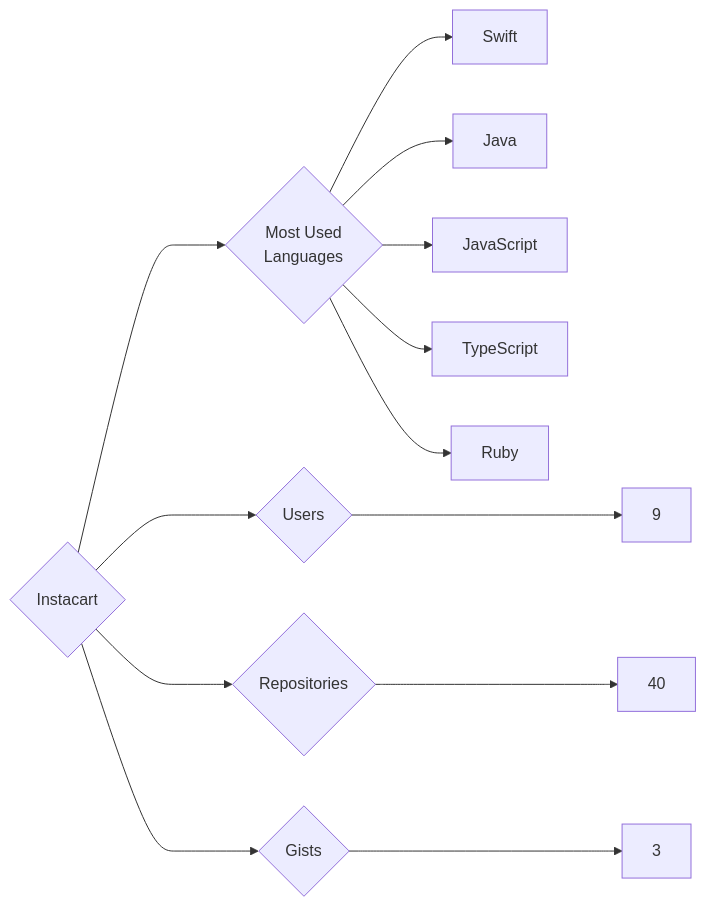
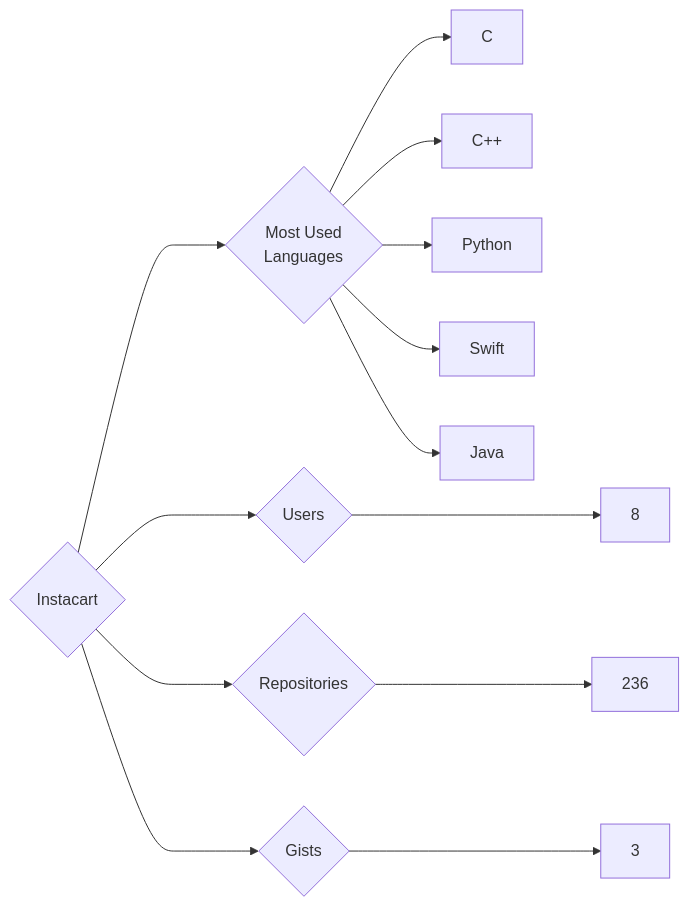
Before and after one commit to trickest/insiders: the diagram in targets/Instacart/README.md, drawn with Mermaid. The commit also changed 1092 other files, not shown here.

````diff
--- a/targets/Instacart/README.md
+++ b/targets/Instacart/README.md
@@ -3,13 +3,13 @@
 ```mermaid
 graph LR
 COMPANY_NAME{Instacart}
-COMPANY_NAME ---> U{Users} ---> UN[9]
-COMPANY_NAME ---> R{Repositories} ---> RN[40]
+COMPANY_NAME ---> U{Users} ---> UN[8]
+COMPANY_NAME ---> R{Repositories} ---> RN[236]
 COMPANY_NAME ---> G{Gists} ---> GN[3]
 COMPANY_NAME ---> ML{Most Used<br>Languages}
+ML --> C[C]
+ML --> C++[C++]
+ML --> Python[Python]
 ML --> Swift[Swift]
 ML --> Java[Java]
-ML --> JavaScript[JavaScript]
-ML --> TypeScript[TypeScript]
-ML --> Ruby[Ruby]
 ```
````
